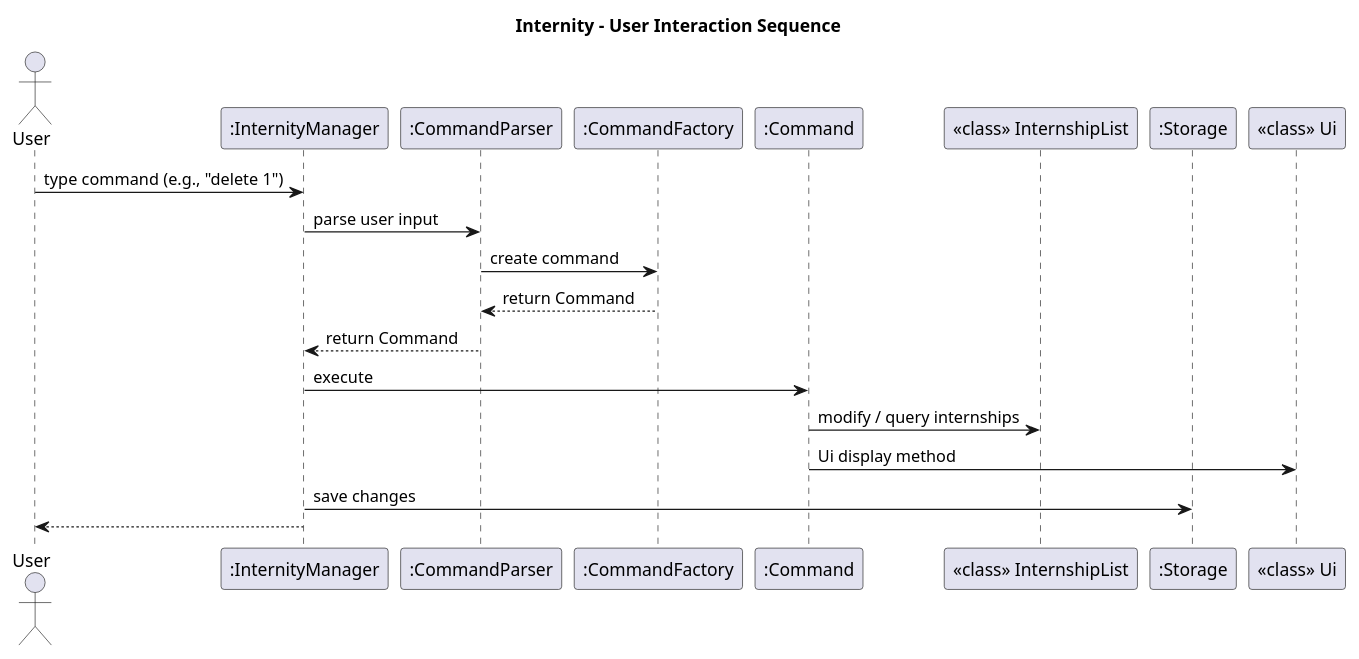
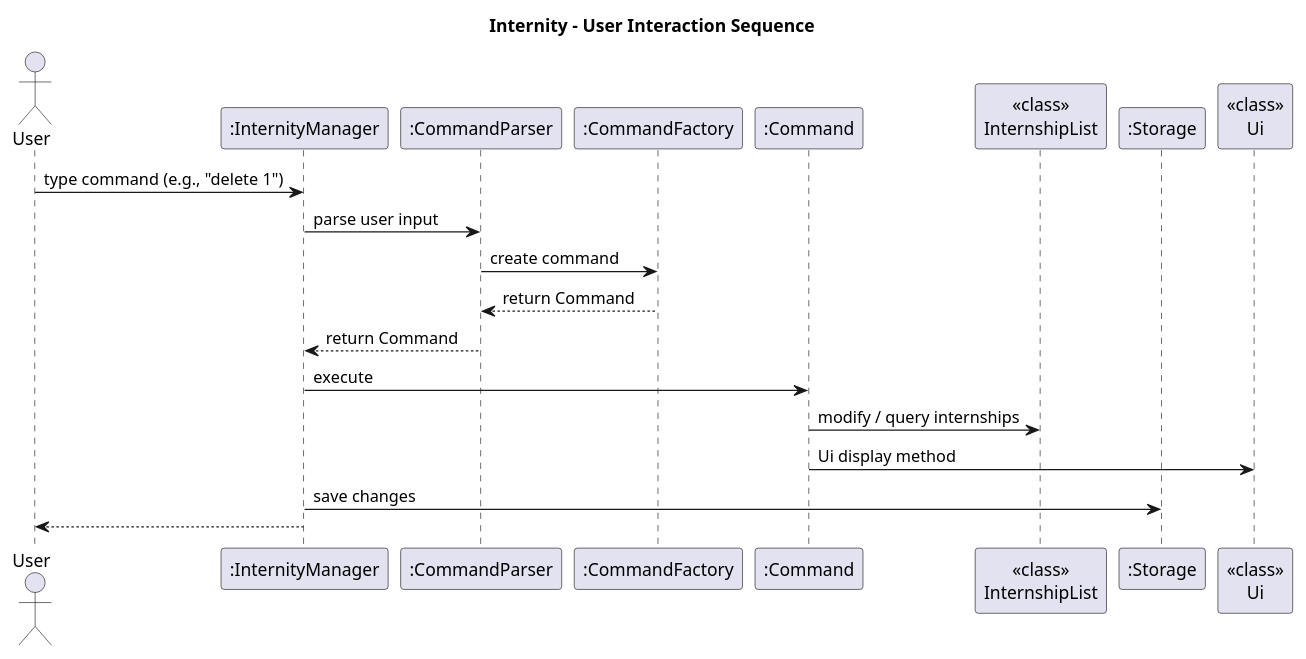
Before and after one commit to AY2526S1-CS2113-W14-4/tp: the diagram in docs/diagrams/UserInteractionSD.puml, drawn with PlantUML. The commit also changed 3 other files, not shown here.

```diff
--- a/docs/diagrams/UserInteractionSD.puml
+++ b/docs/diagrams/UserInteractionSD.puml
@@ -1,24 +1,24 @@
 @startuml
 title Internity - User Interaction Sequence
 actor User
 participant ":InternityManager" as Manager
 participant ":CommandParser" as Parser
 participant ":CommandFactory" as Factory
 participant ":Command" as Command
-participant "<<class>> InternshipList" as Model
+participant "<<class>>\nInternshipList" as Model
 participant ":Storage" as Storage
-participant "<<class>> Ui" as Ui
+participant "<<class>>\nUi" as Ui
 
 
 User -> Manager : type command (e.g., "delete 1")
 Manager -> Parser : parse user input
 Parser -> Factory : create command
 Factory --> Parser : return Command
 Parser --> Manager : return Command
 
 Manager -> Command : execute
 Command -> Model : modify / query internships
 Command -> Ui : Ui display method
 Manager -> Storage : save changes
 Manager --> User :
 @end
```
